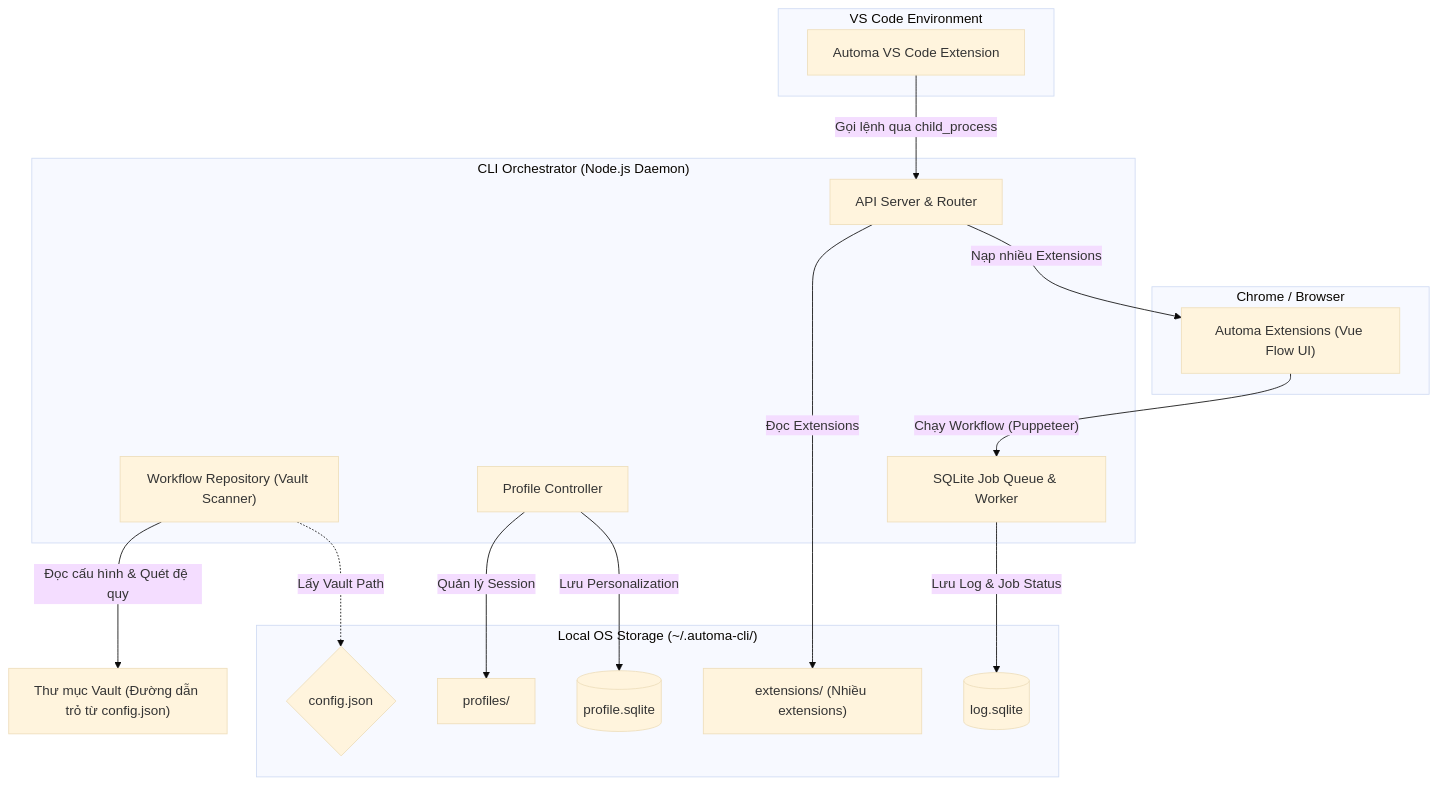
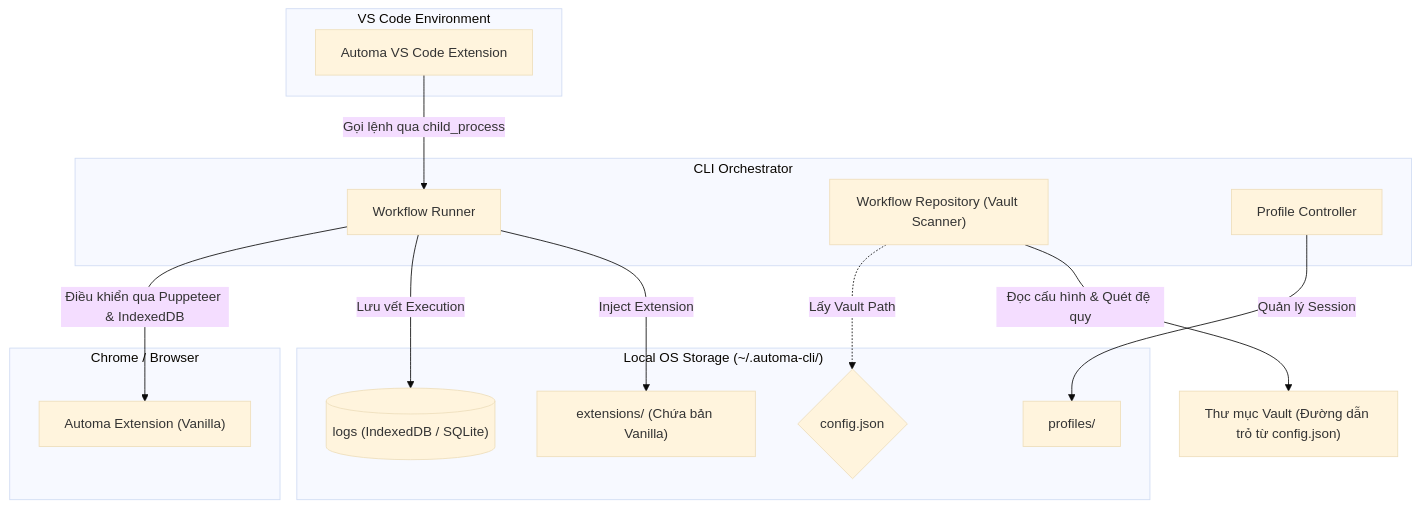
One commit to tuquet/automa changed the diagram in README.md. Above: the diagram before and after it, drawn with Mermaid (base theme). The commit also changed other lines of this file and 94 other files, not shown here.

First line of the commit message:
chore: major ecosystem cleanup and pivot to offline-first architecture

````diff
--- a/README.md
+++ b/README.md
@@ -40,40 +40,36 @@
 ```mermaid
 graph TD
     subgraph IDE ["VS Code Environment"]
         vscode_ext["Automa VS Code Extension"]
     end
 
     subgraph Browser ["Chrome / Browser"]
-        ex_ui["Automa Extensions (Vue Flow UI)"]
+        ex_ui["Automa Extension (Vanilla)"]
     end
 
-    subgraph Core ["CLI Orchestrator (Node.js Daemon)"]
-        cli_server["API Server & Router"]
+    subgraph Core ["CLI Orchestrator"]
+        cli_runner["Workflow Runner"]
         cli_repo["Workflow Repository (Vault Scanner)"]
         cli_profile["Profile Controller"]
-        cli_queue["SQLite Job Queue & Worker"]
     end
 
     subgraph Storage ["Local OS Storage (~/.automa-cli/)"]
         config_json{"config.json"}
-        extensions_dir["extensions/ (Nhiều extensions)"]
+        extensions_dir["extensions/ (Chứa bản Vanilla)"]
         profiles_dir["profiles/"]
-        db_profile[("profile.sqlite")]
-        db_log[("log.sqlite")]
+        db_log[("logs (IndexedDB / SQLite)")]
     end
     
     vault_dir["Thư mục Vault (Đường dẫn trỏ từ config.json)"]
 
     %% CLI Functions
     cli_repo -- "Đọc cấu hình & Quét đệ quy" --> vault_dir
     cli_repo -. "Lấy Vault Path" .-> config_json
-    cli_server -- "Đọc Extensions" --> extensions_dir
+    cli_runner -- "Inject Extension" --> extensions_dir
     cli_profile -- "Quản lý Session" --> profiles_dir
-    cli_profile -- "Lưu Personalization" --> db_profile
-    cli_queue -- "Lưu Log & Job Status" --> db_log
+    cli_runner -- "Lưu vết Execution" --> db_log
     
     %% Interactions
-    cli_server -- "Nạp nhiều Extensions" --> ex_ui
-    vscode_ext -- "Gọi lệnh qua child_process" --> cli_server
-    ex_ui -- "Chạy Workflow (Puppeteer)" --> cli_queue
+    vscode_ext -- "Gọi lệnh qua child_process" --> cli_runner
+    cli_runner -- "Điều khiển qua Puppeteer & IndexedDB" --> ex_ui
 ```
````
